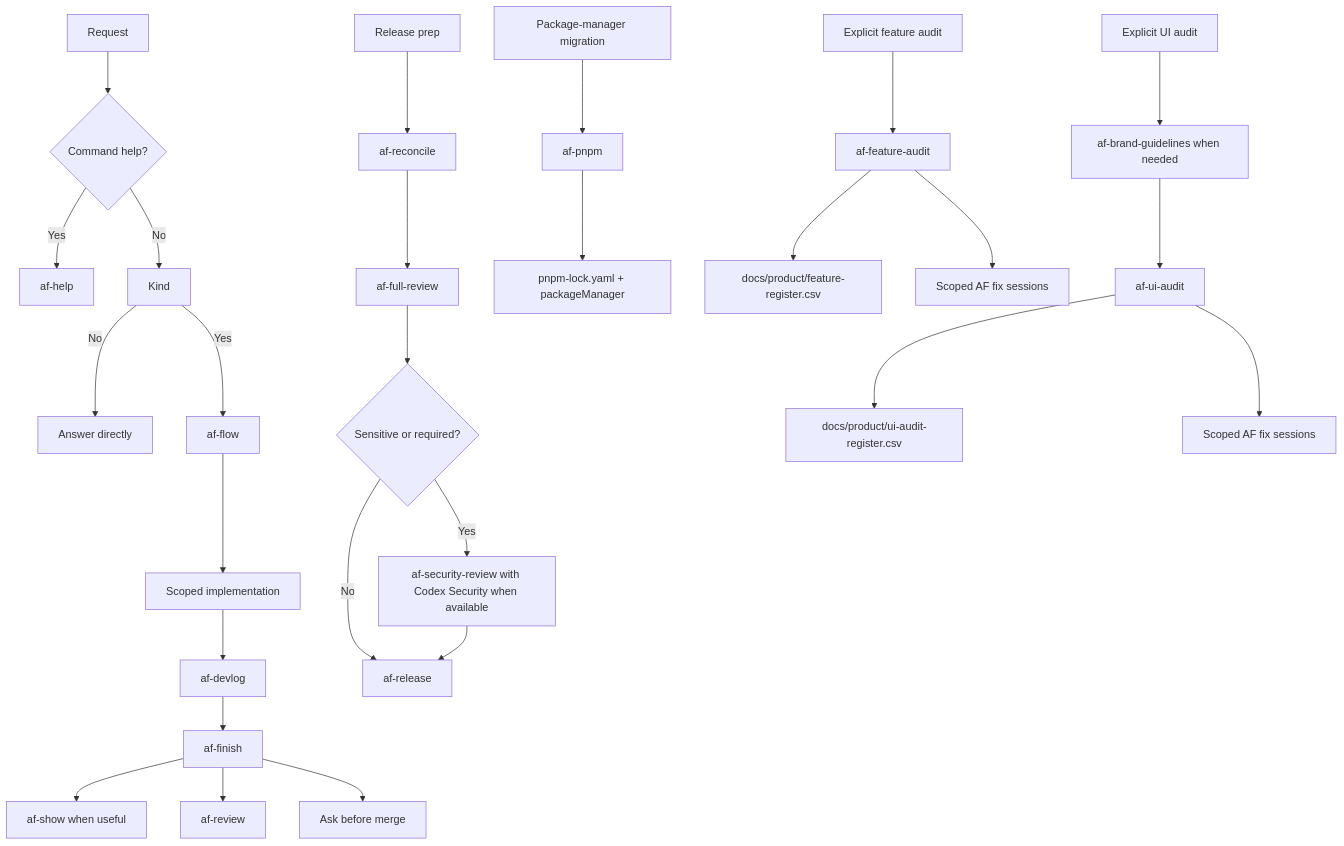
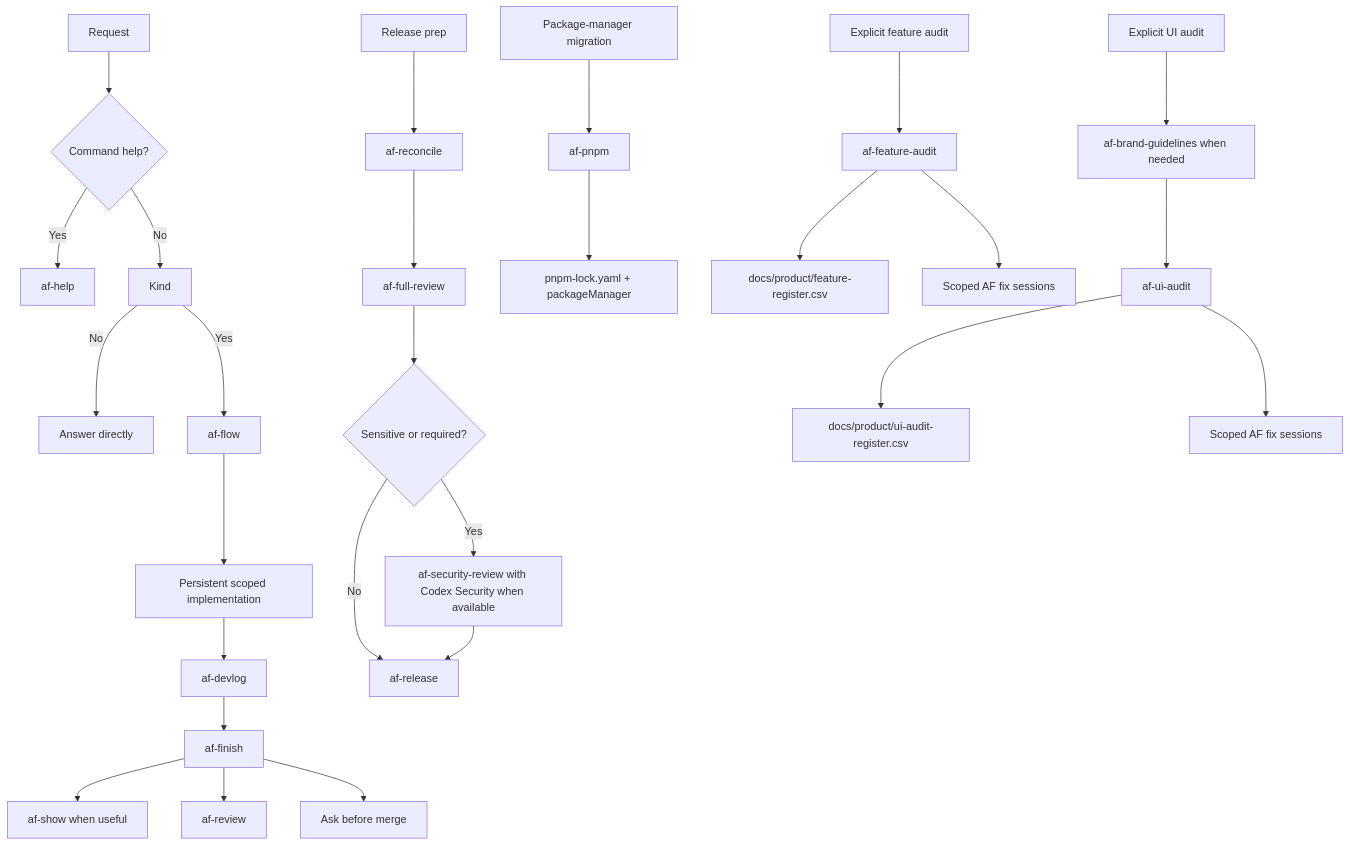
The second of 4 diagrams in docs/ARCHITECTURE.md (miketaheny/codex-setup), drawn with Mermaid before and after one commit. The commit also changed other lines of this file and 21 other files, not shown here.

Commit message:
chore: persistent codex flow

````diff
--- a/docs/ARCHITECTURE.md
+++ b/docs/ARCHITECTURE.md
@@ -48,33 +48,33 @@
 ```mermaid
 flowchart TD
     Request --> Help{"Command help?"}
     Help -->|Yes| AFHelp["af-help"]
     Help -->|No| Kind
     Kind -->|No| Answer["Answer directly"]
     Kind -->|Yes| Flow["af-flow"]
-    Flow --> Work["Scoped implementation"]
+    Flow --> Work["Persistent scoped implementation"]
     Work --> Devlog["af-devlog"]
     Devlog --> Finish["af-finish"]
     Finish --> Show["af-show when useful"]
     Finish --> Review["af-review"]
     Finish --> Ask["Ask before merge"]
 
     ReleaseStart["Release prep"] --> Reconcile["af-reconcile"]
     Reconcile --> Full["af-full-review"]
     Full --> Security{"Sensitive or required?"}
     Security -->|Yes| Sec["af-security-review with Codex Security when available"]
     Security -->|No| Release["af-release"]
     Sec --> Release
 
     PnpmStart["Package-manager migration"] --> PnpmSkill["af-pnpm"]
     PnpmSkill --> PnpmLock["pnpm-lock.yaml + packageManager"]
 
     AuditStart["Explicit feature audit"] --> Audit["af-feature-audit"]
     Audit --> Register["docs/product/feature-register.csv"]
     Audit --> AuditFix["Scoped AF fix sessions"]
 
     UIStart["Explicit UI audit"] --> Brand["af-brand-guidelines when needed"]
     Brand --> UIAudit["af-ui-audit"]
     UIAudit --> UIRegister["docs/product/ui-audit-register.csv"]
     UIAudit --> UIFix["Scoped AF fix sessions"]
 ```
````
